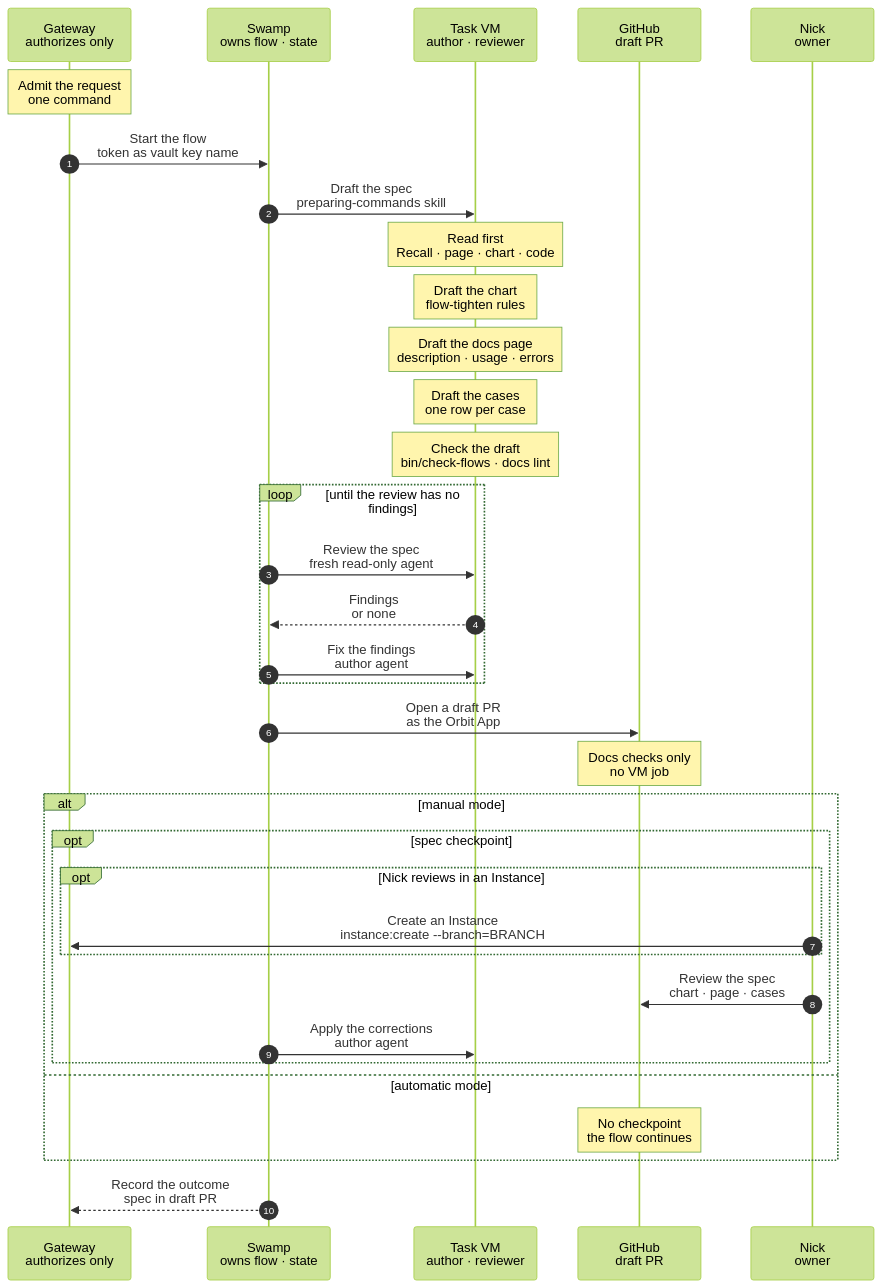
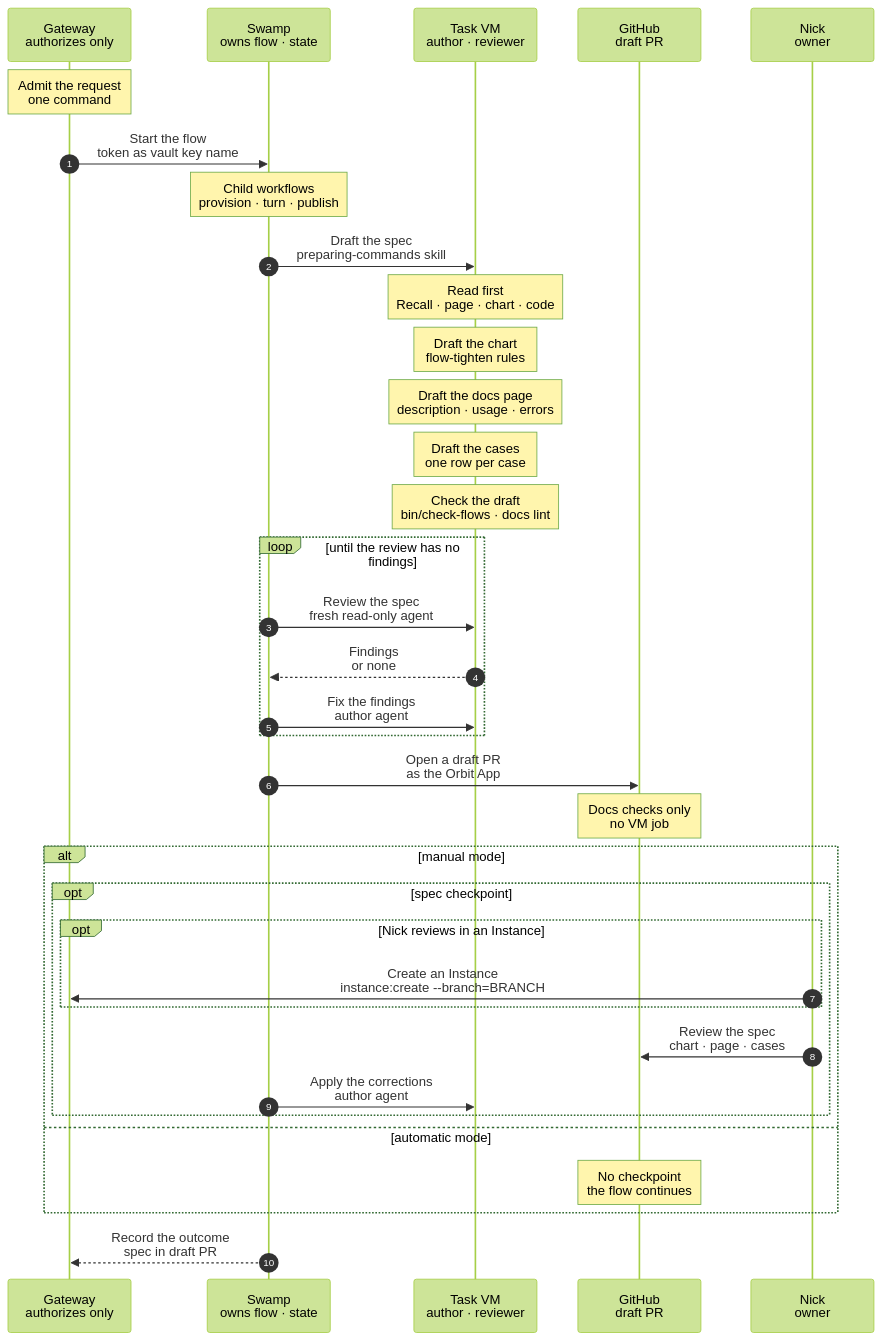
The diagram in docs/reference/pipeline/1-prep.mmd (hardimpactdev/orbit), drawn with Mermaid (forest theme) before and after one commit. The commit also changed 5 other files, not shown here.

```diff
--- a/docs/reference/pipeline/1-prep.mmd
+++ b/docs/reference/pipeline/1-prep.mmd
@@ -1,116 +1,121 @@
 sequenceDiagram
   %% Target design: stage 1 of the command development pipeline (docs/reference/command-development-pipeline.mdx). A command has one PR, and this stage starts it. Swamp owns the flow and its state; the Gateway only authorizes it: it admits each request, mints short-lived GitHub App tokens, passes them by vault key name, and records outcomes. An author agent drafts the spec (chart, docs page and cases), a separate review agent checks it, and Swamp opens a draft PR as the Orbit App. The spec is the first commit of that PR. In manual mode, Nick may review the spec in the draft before code is written; in automatic mode there is no checkpoint. The code and the runnable proof cases follow in the same PR (stages 2 to 4), and stage 4 holds the gate and the merge.
   %% status: draft
   %% command: development pipeline stage 1 · start the command PR with its spec
   %% kind: pipeline.1-prep
   autonumber
   %% lane GW icon=gateway pill=intent tone=blue
   %% lane SW icon=workflow pill=executes tone=green
   %% lane VM icon=terminal pill=target tone=gray
   %% lane GH icon=server pill=target tone=purple
   %% lane NK icon=terminal pill=caller tone=amber
   participant GW as Gateway<br/>authorizes only
   participant SW as Swamp<br/>owns flow · state
   participant VM as Task VM<br/>author · reviewer
   participant GH as GitHub<br/>draft PR
   participant NK as Nick<br/>owner
   Note over GW: Admit the request<br/>one command
   %%> What it does:
   %%> - authorizes the request to start the PR of one command
   %%> - records the operation, so the CLI and web show its state
   %%> - mints a short-lived GitHub App token for the flow
   %%> Why:
   %%> - the Gateway only authorizes; Swamp owns the flow and all of its state
   GW->>SW: Start the flow<br/>token as vault key name
   %%> Inputs:
   %%> - the command and its family
   %%> - the vault key name of the token, never the token itself
   %%> Not built:
   %%> - the flow as a Swamp workflow; today the orchestrator starts the agents by hand
+  Note over SW: Child workflows<br/>provision · turn · publish
+  %%> What it does:
+  %%> - the arrows below from Swamp to the task VM and to GitHub are child workflows of one parent run: `operation-task-provision`, `operation-task-turn` for the draft, review and fix turns, and `operation-task-publish` with a draft
+  %%> - the Gateway captured their whole intent at admission and Swamp passes it down as inputs; no step calls the Gateway
+  %%> - the commit and tree the draft leaves, which the Gateway cannot know at admission, pass from step to step inside the run
   SW->>VM: Draft the spec<br/>preparing-commands skill
   %%> What it does:
   %%> - the author agent drafts the chart, the docs page and the verification cases in a task VM
   %%> - this commit changes no code
   %%> Not built:
   %%> - Swamp starting the task VM and the agent as part of the flow
   Note over VM: Read first<br/>Recall · page · chart · code
   %%> What it does:
   %%> - Recall `resolve` for the command and its family, and `decisions` for the family; current decisions override older text
   %%> - reads the existing page and chart; reads the code only to learn what exists, never as the target
   %%> - for a command that already has a spec from a docs-only PR, starts from it and updates it
   %%> - for a sibling of an approved command, starts from the sibling's chart, page and cases
   Note over VM: Draft the chart<br/>flow-tighten rules
   %%> What it does:
   %%> - writes `docs/cli/FAMILY/COMMAND.mmd`, the ideal flow, even where the code differs
   %%> - the main path uses required parameters only; each optional flag gets its own `opt` block
   %%> - uses role names and placeholders, never Node ids, task ids or hostnames
   %%> - shows the failure and cleanup contract: what a failure leaves behind, what a rerun does
   Note over VM: Draft the docs page<br/>description · usage · errors
   %%> What it does:
   %%> - writes `docs/cli/FAMILY/COMMAND.mdx` in this order: description, usage, how it works, errors
   %%> - states the rerun behavior, with the reason code of a skip
   Note over VM: Draft the cases<br/>one row per case
   %%> What it does:
   %%> - writes `swamp/proof/FAMILY/COMMAND.cases.yaml` from the chart and the page, never from the code; each case names its chart path and its batch from `swamp/proof/batches.yaml`
   %%> - covers required arguments only, each flag, each error on the chart, a repeat, and a failure after a partial change
   %%> - marks a case that the code fails today; never weakens a case to fit the code
   Note over VM: Check the draft<br/>bin/check-flows · docs lint
   %%> What it does:
   %%> - runs `bin/check-flows`, `composer docs-build` and `composer docs-lint`
   %%> - walks every error code, flag and repeat of the page against the cases
   loop until the review has no findings
     SW->>VM: Review the spec<br/>fresh read-only agent
     %%> What it does:
     %%> - a separate review agent (Sonnet, high effort) checks the spec against the skills and the CLI standard
     %%> - it never wrote the spec
     VM-->>SW: Findings<br/>or none
     SW->>VM: Fix the findings<br/>author agent
     %%> When:
     %%> - only when the review has findings
     %%> Result:
     %%> - the author agent fixes every finding it can settle with the rules and Recall decisions
   end
   SW->>GH: Open a draft PR<br/>as the Orbit App
   %%> What it does:
   %%> - reads the token from the vault by its key name
   %%> - pushes the branch whose first commit holds the chart, page and cases of one command and nothing else
   %%> - opens the PR as a draft; it stays a draft until stage 4
   %%> - this is the one PR of the command: code and runnable proof cases join it later, and no separate docs PR exists
   %%> Not built:
   %%> - the flow that calls it; the Gateway opens the task PR as the App, as a draft, with `tasks:publish --draft`, but today the author opens the spec PR as `nckrtl`
   Note over GH: Docs checks only<br/>no VM job
   %%> Why:
   %%> - the spec commit changes documentation only, so CI runs the docs checks and never the proof CI; the proof CI starts with the code
   alt manual mode
     opt spec checkpoint
       opt Nick reviews in an Instance
         NK->>GW: Create an Instance<br/>instance:create --branch=BRANCH
         %%> What it does:
         %%> - creates a development Instance that checks out the PR branch
         %%> - Nick and an agent review and adjust the spec there
         %%> Built or not:
         %%> - built: `instance:create --branch` checks out an existing origin branch (`docs/cli/instance/create.mdx`, Branch selection)
       end
       NK->>GH: Review the spec<br/>chart · page · cases
       %%> What it does:
       %%> - Nick reviews the chart, the page and the cases in the draft before any code is written
       %%> - each correction is a new commit on the same branch
       %%> - Nick approves the spec; the chart is then marked `%% status: reviewed`
       %%> Why:
       %%> - a wrong spec is cheapest to fix before code follows it
       SW->>VM: Apply the corrections<br/>author agent
       %%> When:
       %%> - only when Nick asks for corrections
       %%> Result:
       %%> - the author agent applies them, checks the draft again and pushes
     end
   else automatic mode
     Note over GH: No checkpoint<br/>the flow continues
     %%> Why:
     %%> - the review agents' clean pass is the spec approval; the final self-review in stage 4 reads the whole PR
   end
   SW-->>GW: Record the outcome<br/>spec in draft PR
   %%> Result:
   %%> - the Gateway records the draft PR with its spec commit, for the CLI and web
   %%> - the command is not ready and not merged; building starts in the same PR with stage 2, and stages 3 and 4 follow in it
   %%> - a command already prepared through a docs-only PR stays as it is; when its turn comes, this flow reviews and updates its spec
```
